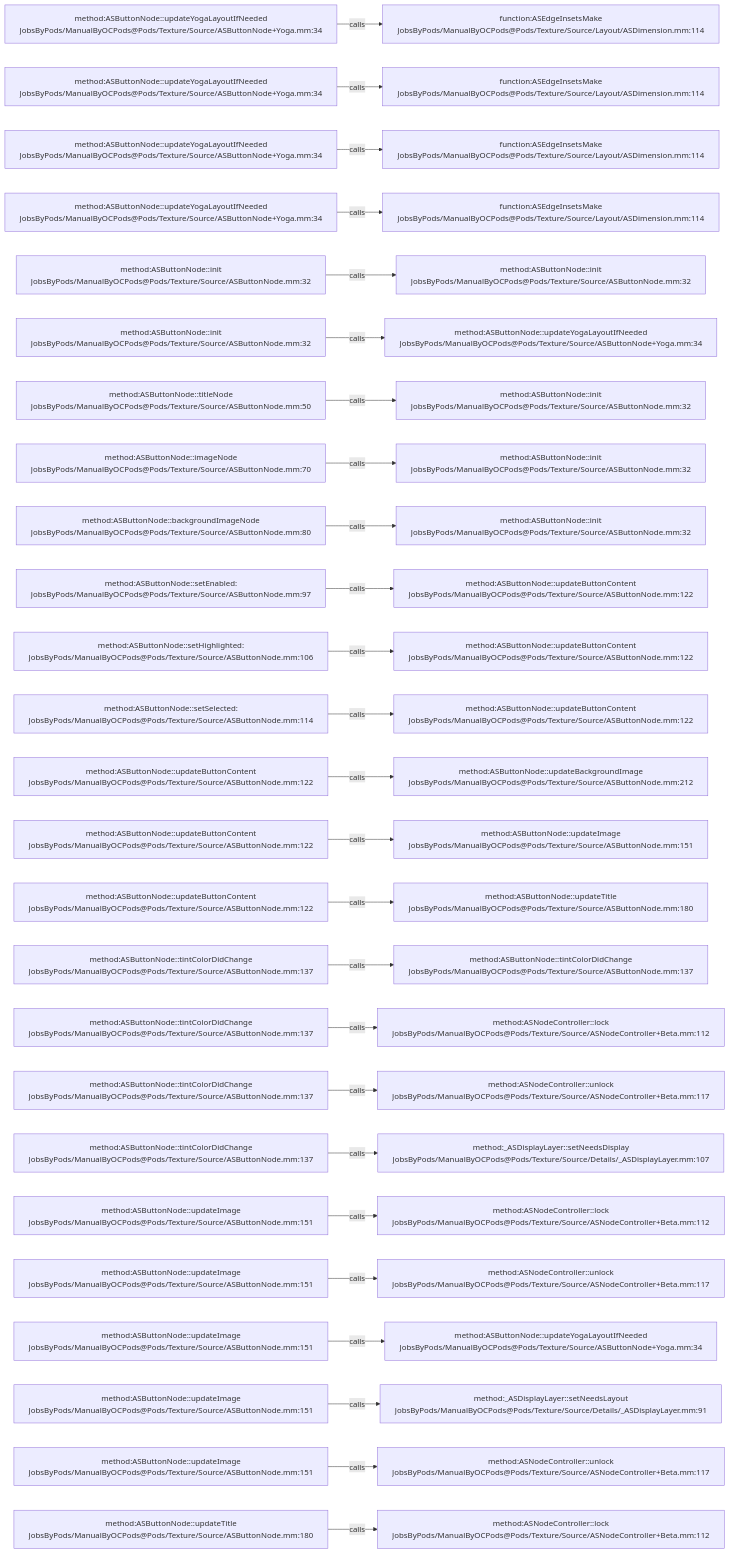
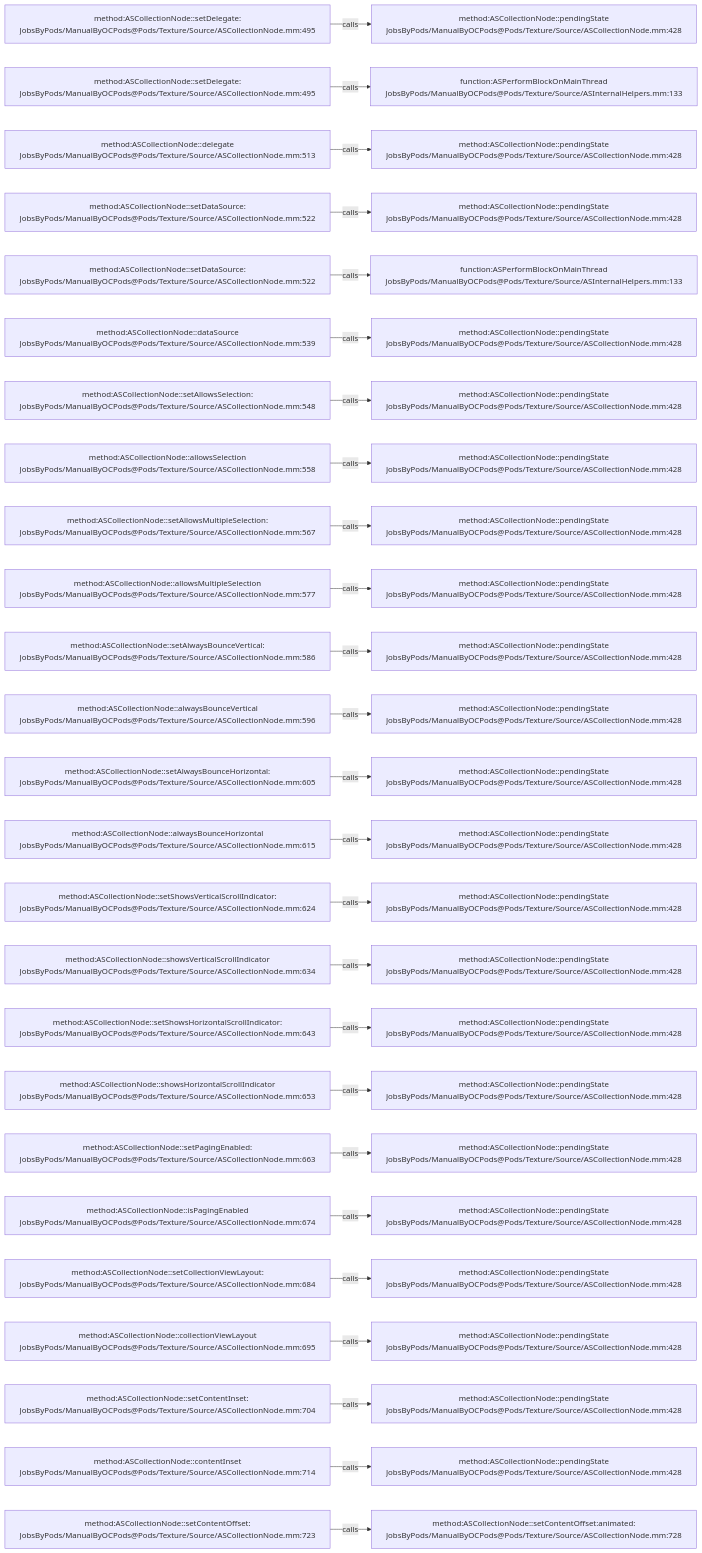
The diagram in .codegraph/codegraph.md/graphs/calls-063.md (JobsKits/JobsOCBaseConfigDemo), drawn with Mermaid before and after one commit. The commit also changed 2723 other files, not shown here.

````diff
--- a/.codegraph/codegraph.md/graphs/calls-063.md
+++ b/.codegraph/codegraph.md/graphs/calls-063.md
@@ -13,78 +13,78 @@
 ```mermaid
 flowchart LR
-  S1["method:ASButtonNode::updateYogaLayoutIfNeeded<br/>JobsByPods/ManualByOCPods@Pods/Texture/Source/ASButtonNode+Yoga.mm:34"]
-  T1["function:ASEdgeInsetsMake<br/>JobsByPods/ManualByOCPods@Pods/Texture/Source/Layout/ASDimension.mm:114"]
+  S1["method:ASCollectionNode::setDelegate:<br/>JobsByPods/ManualByOCPods@Pods/Texture/Source/ASCollectionNode.mm:495"]
+  T1["method:ASCollectionNode::pendingState<br/>JobsByPods/ManualByOCPods@Pods/Texture/Source/ASCollectionNode.mm:428"]
   S1 -->|calls| T1
-  S2["method:ASButtonNode::updateYogaLayoutIfNeeded<br/>JobsByPods/ManualByOCPods@Pods/Texture/Source/ASButtonNode+Yoga.mm:34"]
-  T2["function:ASEdgeInsetsMake<br/>JobsByPods/ManualByOCPods@Pods/Texture/Source/Layout/ASDimension.mm:114"]
+  S2["method:ASCollectionNode::setDelegate:<br/>JobsByPods/ManualByOCPods@Pods/Texture/Source/ASCollectionNode.mm:495"]
+  T2["function:ASPerformBlockOnMainThread<br/>JobsByPods/ManualByOCPods@Pods/Texture/Source/ASInternalHelpers.mm:133"]
   S2 -->|calls| T2
-  S3["method:ASButtonNode::updateYogaLayoutIfNeeded<br/>JobsByPods/ManualByOCPods@Pods/Texture/Source/ASButtonNode+Yoga.mm:34"]
-  T3["function:ASEdgeInsetsMake<br/>JobsByPods/ManualByOCPods@Pods/Texture/Source/Layout/ASDimension.mm:114"]
+  S3["method:ASCollectionNode::delegate<br/>JobsByPods/ManualByOCPods@Pods/Texture/Source/ASCollectionNode.mm:513"]
+  T3["method:ASCollectionNode::pendingState<br/>JobsByPods/ManualByOCPods@Pods/Texture/Source/ASCollectionNode.mm:428"]
   S3 -->|calls| T3
-  S4["method:ASButtonNode::updateYogaLayoutIfNeeded<br/>JobsByPods/ManualByOCPods@Pods/Texture/Source/ASButtonNode+Yoga.mm:34"]
-  T4["function:ASEdgeInsetsMake<br/>JobsByPods/ManualByOCPods@Pods/Texture/Source/Layout/ASDimension.mm:114"]
+  S4["method:ASCollectionNode::setDataSource:<br/>JobsByPods/ManualByOCPods@Pods/Texture/Source/ASCollectionNode.mm:522"]
+  T4["method:ASCollectionNode::pendingState<br/>JobsByPods/ManualByOCPods@Pods/Texture/Source/ASCollectionNode.mm:428"]
   S4 -->|calls| T4
-  S5["method:ASButtonNode::init<br/>JobsByPods/ManualByOCPods@Pods/Texture/Source/ASButtonNode.mm:32"]
-  T5["method:ASButtonNode::init<br/>JobsByPods/ManualByOCPods@Pods/Texture/Source/ASButtonNode.mm:32"]
+  S5["method:ASCollectionNode::setDataSource:<br/>JobsByPods/ManualByOCPods@Pods/Texture/Source/ASCollectionNode.mm:522"]
+  T5["function:ASPerformBlockOnMainThread<br/>JobsByPods/ManualByOCPods@Pods/Texture/Source/ASInternalHelpers.mm:133"]
   S5 -->|calls| T5
-  S6["method:ASButtonNode::init<br/>JobsByPods/ManualByOCPods@Pods/Texture/Source/ASButtonNode.mm:32"]
-  T6["method:ASButtonNode::updateYogaLayoutIfNeeded<br/>JobsByPods/ManualByOCPods@Pods/Texture/Source/ASButtonNode+Yoga.mm:34"]
+  S6["method:ASCollectionNode::dataSource<br/>JobsByPods/ManualByOCPods@Pods/Texture/Source/ASCollectionNode.mm:539"]
+  T6["method:ASCollectionNode::pendingState<br/>JobsByPods/ManualByOCPods@Pods/Texture/Source/ASCollectionNode.mm:428"]
   S6 -->|calls| T6
-  S7["method:ASButtonNode::titleNode<br/>JobsByPods/ManualByOCPods@Pods/Texture/Source/ASButtonNode.mm:50"]
-  T7["method:ASButtonNode::init<br/>JobsByPods/ManualByOCPods@Pods/Texture/Source/ASButtonNode.mm:32"]
+  S7["method:ASCollectionNode::setAllowsSelection:<br/>JobsByPods/ManualByOCPods@Pods/Texture/Source/ASCollectionNode.mm:548"]
+  T7["method:ASCollectionNode::pendingState<br/>JobsByPods/ManualByOCPods@Pods/Texture/Source/ASCollectionNode.mm:428"]
   S7 -->|calls| T7
-  S8["method:ASButtonNode::imageNode<br/>JobsByPods/ManualByOCPods@Pods/Texture/Source/ASButtonNode.mm:70"]
-  T8["method:ASButtonNode::init<br/>JobsByPods/ManualByOCPods@Pods/Texture/Source/ASButtonNode.mm:32"]
+  S8["method:ASCollectionNode::allowsSelection<br/>JobsByPods/ManualByOCPods@Pods/Texture/Source/ASCollectionNode.mm:558"]
+  T8["method:ASCollectionNode::pendingState<br/>JobsByPods/ManualByOCPods@Pods/Texture/Source/ASCollectionNode.mm:428"]
   S8 -->|calls| T8
-  S9["method:ASButtonNode::backgroundImageNode<br/>JobsByPods/ManualByOCPods@Pods/Texture/Source/ASButtonNode.mm:80"]
-  T9["method:ASButtonNode::init<br/>JobsByPods/ManualByOCPods@Pods/Texture/Source/ASButtonNode.mm:32"]
+  S9["method:ASCollectionNode::setAllowsMultipleSelection:<br/>JobsByPods/ManualByOCPods@Pods/Texture/Source/ASCollectionNode.mm:567"]
+  T9["method:ASCollectionNode::pendingState<br/>JobsByPods/ManualByOCPods@Pods/Texture/Source/ASCollectionNode.mm:428"]
   S9 -->|calls| T9
-  S10["method:ASButtonNode::setEnabled:<br/>JobsByPods/ManualByOCPods@Pods/Texture/Source/ASButtonNode.mm:97"]
-  T10["method:ASButtonNode::updateButtonContent<br/>JobsByPods/ManualByOCPods@Pods/Texture/Source/ASButtonNode.mm:122"]
+  S10["method:ASCollectionNode::allowsMultipleSelection<br/>JobsByPods/ManualByOCPods@Pods/Texture/Source/ASCollectionNode.mm:577"]
+  T10["method:ASCollectionNode::pendingState<br/>JobsByPods/ManualByOCPods@Pods/Texture/Source/ASCollectionNode.mm:428"]
   S10 -->|calls| T10
-  S11["method:ASButtonNode::setHighlighted:<br/>JobsByPods/ManualByOCPods@Pods/Texture/Source/ASButtonNode.mm:106"]
-  T11["method:ASButtonNode::updateButtonContent<br/>JobsByPods/ManualByOCPods@Pods/Texture/Source/ASButtonNode.mm:122"]
+  S11["method:ASCollectionNode::setAlwaysBounceVertical:<br/>JobsByPods/ManualByOCPods@Pods/Texture/Source/ASCollectionNode.mm:586"]
+  T11["method:ASCollectionNode::pendingState<br/>JobsByPods/ManualByOCPods@Pods/Texture/Source/ASCollectionNode.mm:428"]
   S11 -->|calls| T11
-  S12["method:ASButtonNode::setSelected:<br/>JobsByPods/ManualByOCPods@Pods/Texture/Source/ASButtonNode.mm:114"]
-  T12["method:ASButtonNode::updateButtonContent<br/>JobsByPods/ManualByOCPods@Pods/Texture/Source/ASButtonNode.mm:122"]
+  S12["method:ASCollectionNode::alwaysBounceVertical<br/>JobsByPods/ManualByOCPods@Pods/Texture/Source/ASCollectionNode.mm:596"]
+  T12["method:ASCollectionNode::pendingState<br/>JobsByPods/ManualByOCPods@Pods/Texture/Source/ASCollectionNode.mm:428"]
   S12 -->|calls| T12
-  S13["method:ASButtonNode::updateButtonContent<br/>JobsByPods/ManualByOCPods@Pods/Texture/Source/ASButtonNode.mm:122"]
-  T13["method:ASButtonNode::updateBackgroundImage<br/>JobsByPods/ManualByOCPods@Pods/Texture/Source/ASButtonNode.mm:212"]
+  S13["method:ASCollectionNode::setAlwaysBounceHorizontal:<br/>JobsByPods/ManualByOCPods@Pods/Texture/Source/ASCollectionNode.mm:605"]
+  T13["method:ASCollectionNode::pendingState<br/>JobsByPods/ManualByOCPods@Pods/Texture/Source/ASCollectionNode.mm:428"]
   S13 -->|calls| T13
-  S14["method:ASButtonNode::updateButtonContent<br/>JobsByPods/ManualByOCPods@Pods/Texture/Source/ASButtonNode.mm:122"]
-  T14["method:ASButtonNode::updateImage<br/>JobsByPods/ManualByOCPods@Pods/Texture/Source/ASButtonNode.mm:151"]
+  S14["method:ASCollectionNode::alwaysBounceHorizontal<br/>JobsByPods/ManualByOCPods@Pods/Texture/Source/ASCollectionNode.mm:615"]
+  T14["method:ASCollectionNode::pendingState<br/>JobsByPods/ManualByOCPods@Pods/Texture/Source/ASCollectionNode.mm:428"]
   S14 -->|calls| T14
-  S15["method:ASButtonNode::updateButtonContent<br/>JobsByPods/ManualByOCPods@Pods/Texture/Source/ASButtonNode.mm:122"]
-  T15["method:ASButtonNode::updateTitle<br/>JobsByPods/ManualByOCPods@Pods/Texture/Source/ASButtonNode.mm:180"]
+  S15["method:ASCollectionNode::setShowsVerticalScrollIndicator:<br/>JobsByPods/ManualByOCPods@Pods/Texture/Source/ASCollectionNode.mm:624"]
+  T15["method:ASCollectionNode::pendingState<br/>JobsByPods/ManualByOCPods@Pods/Texture/Source/ASCollectionNode.mm:428"]
   S15 -->|calls| T15
-  S16["method:ASButtonNode::tintColorDidChange<br/>JobsByPods/ManualByOCPods@Pods/Texture/Source/ASButtonNode.mm:137"]
-  T16["method:ASButtonNode::tintColorDidChange<br/>JobsByPods/ManualByOCPods@Pods/Texture/Source/ASButtonNode.mm:137"]
+  S16["method:ASCollectionNode::showsVerticalScrollIndicator<br/>JobsByPods/ManualByOCPods@Pods/Texture/Source/ASCollectionNode.mm:634"]
+  T16["method:ASCollectionNode::pendingState<br/>JobsByPods/ManualByOCPods@Pods/Texture/Source/ASCollectionNode.mm:428"]
   S16 -->|calls| T16
-  S17["method:ASButtonNode::tintColorDidChange<br/>JobsByPods/ManualByOCPods@Pods/Texture/Source/ASButtonNode.mm:137"]
-  T17["method:ASNodeController::lock<br/>JobsByPods/ManualByOCPods@Pods/Texture/Source/ASNodeController+Beta.mm:112"]
+  S17["method:ASCollectionNode::setShowsHorizontalScrollIndicator:<br/>JobsByPods/ManualByOCPods@Pods/Texture/Source/ASCollectionNode.mm:643"]
+  T17["method:ASCollectionNode::pendingState<br/>JobsByPods/ManualByOCPods@Pods/Texture/Source/ASCollectionNode.mm:428"]
   S17 -->|calls| T17
-  S18["method:ASButtonNode::tintColorDidChange<br/>JobsByPods/ManualByOCPods@Pods/Texture/Source/ASButtonNode.mm:137"]
-  T18["method:ASNodeController::unlock<br/>JobsByPods/ManualByOCPods@Pods/Texture/Source/ASNodeController+Beta.mm:117"]
+  S18["method:ASCollectionNode::showsHorizontalScrollIndicator<br/>JobsByPods/ManualByOCPods@Pods/Texture/Source/ASCollectionNode.mm:653"]
+  T18["method:ASCollectionNode::pendingState<br/>JobsByPods/ManualByOCPods@Pods/Texture/Source/ASCollectionNode.mm:428"]
   S18 -->|calls| T18
-  S19["method:ASButtonNode::tintColorDidChange<br/>JobsByPods/ManualByOCPods@Pods/Texture/Source/ASButtonNode.mm:137"]
-  T19["method:_ASDisplayLayer::setNeedsDisplay<br/>JobsByPods/ManualByOCPods@Pods/Texture/Source/Details/_ASDisplayLayer.mm:107"]
+  S19["method:ASCollectionNode::setPagingEnabled:<br/>JobsByPods/ManualByOCPods@Pods/Texture/Source/ASCollectionNode.mm:663"]
+  T19["method:ASCollectionNode::pendingState<br/>JobsByPods/ManualByOCPods@Pods/Texture/Source/ASCollectionNode.mm:428"]
   S19 -->|calls| T19
-  S20["method:ASButtonNode::updateImage<br/>JobsByPods/ManualByOCPods@Pods/Texture/Source/ASButtonNode.mm:151"]
-  T20["method:ASNodeController::lock<br/>JobsByPods/ManualByOCPods@Pods/Texture/Source/ASNodeController+Beta.mm:112"]
+  S20["method:ASCollectionNode::isPagingEnabled<br/>JobsByPods/ManualByOCPods@Pods/Texture/Source/ASCollectionNode.mm:674"]
+  T20["method:ASCollectionNode::pendingState<br/>JobsByPods/ManualByOCPods@Pods/Texture/Source/ASCollectionNode.mm:428"]
   S20 -->|calls| T20
-  S21["method:ASButtonNode::updateImage<br/>JobsByPods/ManualByOCPods@Pods/Texture/Source/ASButtonNode.mm:151"]
-  T21["method:ASNodeController::unlock<br/>JobsByPods/ManualByOCPods@Pods/Texture/Source/ASNodeController+Beta.mm:117"]
+  S21["method:ASCollectionNode::setCollectionViewLayout:<br/>JobsByPods/ManualByOCPods@Pods/Texture/Source/ASCollectionNode.mm:684"]
+  T21["method:ASCollectionNode::pendingState<br/>JobsByPods/ManualByOCPods@Pods/Texture/Source/ASCollectionNode.mm:428"]
   S21 -->|calls| T21
-  S22["method:ASButtonNode::updateImage<br/>JobsByPods/ManualByOCPods@Pods/Texture/Source/ASButtonNode.mm:151"]
-  T22["method:ASButtonNode::updateYogaLayoutIfNeeded<br/>JobsByPods/ManualByOCPods@Pods/Texture/Source/ASButtonNode+Yoga.mm:34"]
+  S22["method:ASCollectionNode::collectionViewLayout<br/>JobsByPods/ManualByOCPods@Pods/Texture/Source/ASCollectionNode.mm:695"]
+  T22["method:ASCollectionNode::pendingState<br/>JobsByPods/ManualByOCPods@Pods/Texture/Source/ASCollectionNode.mm:428"]
   S22 -->|calls| T22
-  S23["method:ASButtonNode::updateImage<br/>JobsByPods/ManualByOCPods@Pods/Texture/Source/ASButtonNode.mm:151"]
-  T23["method:_ASDisplayLayer::setNeedsLayout<br/>JobsByPods/ManualByOCPods@Pods/Texture/Source/Details/_ASDisplayLayer.mm:91"]
+  S23["method:ASCollectionNode::setContentInset:<br/>JobsByPods/ManualByOCPods@Pods/Texture/Source/ASCollectionNode.mm:704"]
+  T23["method:ASCollectionNode::pendingState<br/>JobsByPods/ManualByOCPods@Pods/Texture/Source/ASCollectionNode.mm:428"]
   S23 -->|calls| T23
-  S24["method:ASButtonNode::updateImage<br/>JobsByPods/ManualByOCPods@Pods/Texture/Source/ASButtonNode.mm:151"]
-  T24["method:ASNodeController::unlock<br/>JobsByPods/ManualByOCPods@Pods/Texture/Source/ASNodeController+Beta.mm:117"]
+  S24["method:ASCollectionNode::contentInset<br/>JobsByPods/ManualByOCPods@Pods/Texture/Source/ASCollectionNode.mm:714"]
+  T24["method:ASCollectionNode::pendingState<br/>JobsByPods/ManualByOCPods@Pods/Texture/Source/ASCollectionNode.mm:428"]
   S24 -->|calls| T24
-  S25["method:ASButtonNode::updateTitle<br/>JobsByPods/ManualByOCPods@Pods/Texture/Source/ASButtonNode.mm:180"]
-  T25["method:ASNodeController::lock<br/>JobsByPods/ManualByOCPods@Pods/Texture/Source/ASNodeController+Beta.mm:112"]
+  S25["method:ASCollectionNode::setContentOffset:<br/>JobsByPods/ManualByOCPods@Pods/Texture/Source/ASCollectionNode.mm:723"]
+  T25["method:ASCollectionNode::setContentOffset:animated:<br/>JobsByPods/ManualByOCPods@Pods/Texture/Source/ASCollectionNode.mm:728"]
   S25 -->|calls| T25
 ```
````
